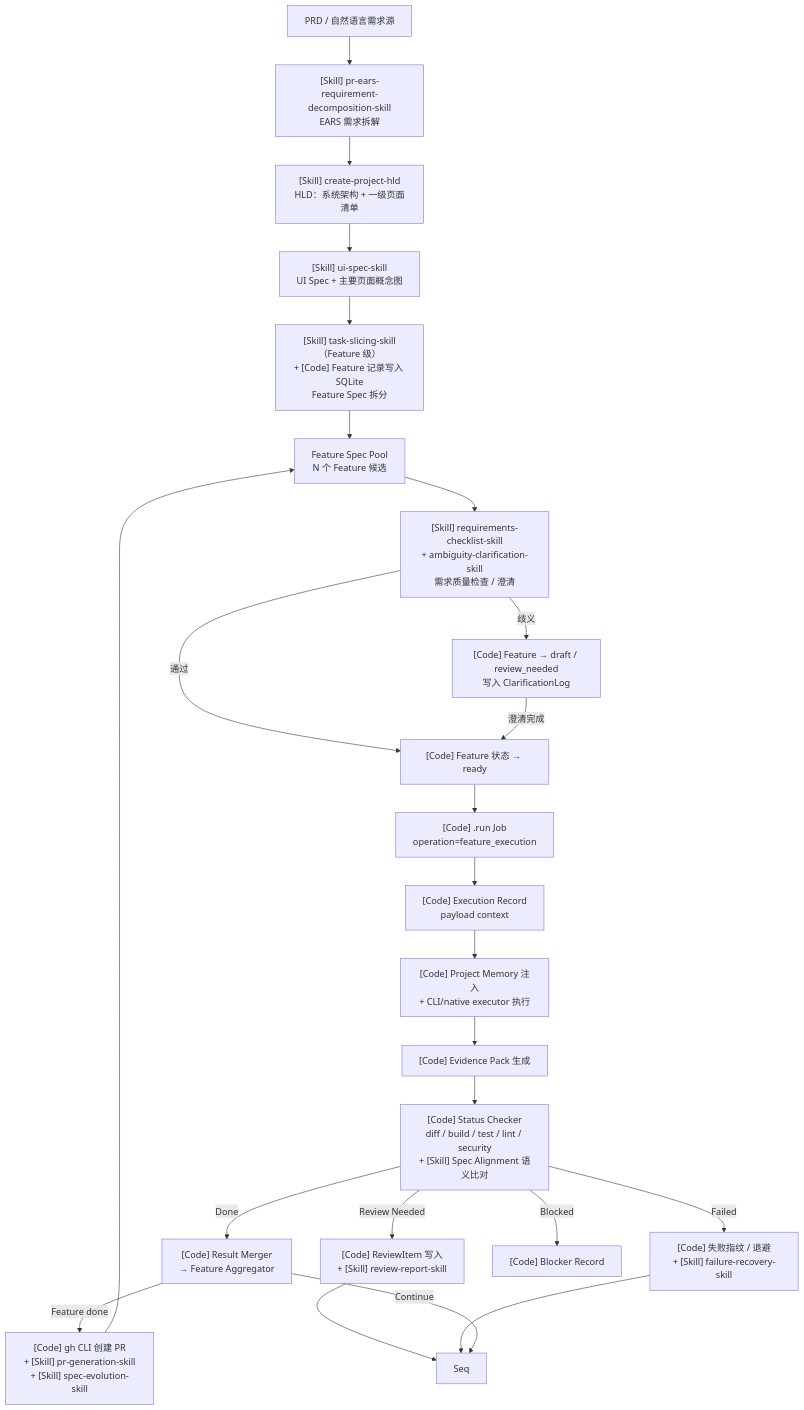
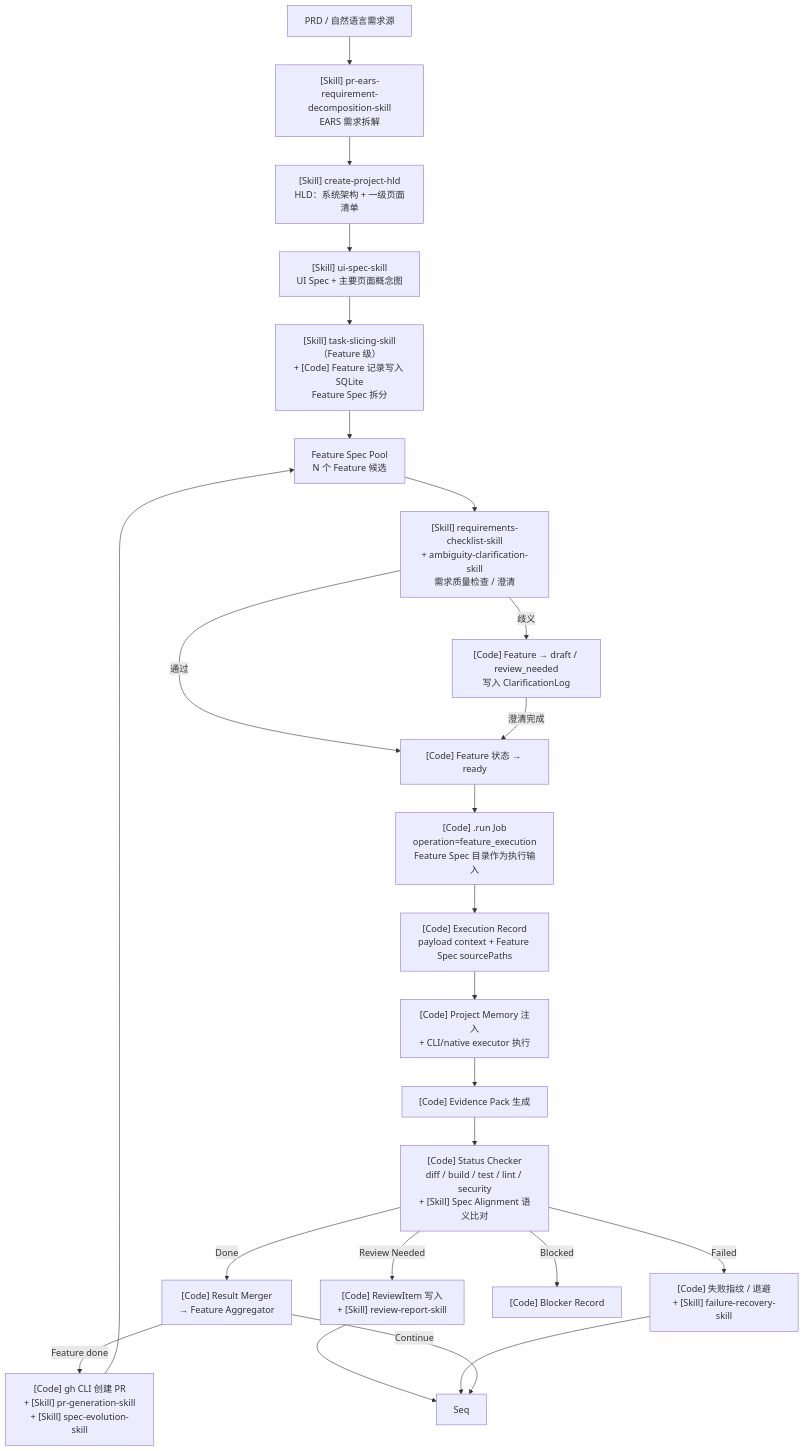
Before and after one commit to songcojp/Spec-Driven-Autonomous-Coding-System: the fifth of 6 diagrams in docs/zh-CN/hld.md, drawn with Mermaid. The commit also changed other lines of this file and 24 other files, not shown here.

Commit message:
feat(product-console): surface feature spec execution outputs

````diff
--- a/docs/zh-CN/hld.md
+++ b/docs/zh-CN/hld.md
@@ -559,26 +560,26 @@
 ```mermaid
 flowchart TD
   PRD[PRD / 自然语言需求源] --> EARS["[Skill] pr-ears-requirement-decomposition-skill\nEARS 需求拆解"]
   EARS --> HLD["[Skill] create-project-hld\nHLD：系统架构 + 一级页面清单"]
   HLD --> UISpec["[Skill] ui-spec-skill\nUI Spec + 主要页面概念图"]
   UISpec --> Split["[Skill] task-slicing-skill（Feature 级）\n+ [Code] Feature 记录写入 SQLite\nFeature Spec 拆分"]
   Split --> Pool[Feature Spec Pool\nN 个 Feature 候选]
   Pool --> Checklist["[Skill] requirements-checklist-skill\n+ ambiguity-clarification-skill\n需求质量检查 / 澄清"]
   Checklist -->|通过| Ready["[Code] Feature 状态 → ready"]
   Checklist -->|歧义| Draft["[Code] Feature → draft / review_needed\n写入 ClarificationLog"]
   Draft -->|澄清完成| Ready
-  Ready --> QueueJob["[Code] <executor>.run Job\noperation=feature_execution"]
-  QueueJob --> ExecRecord["[Code] Execution Record\npayload context"]
+  Ready --> QueueJob["[Code] <executor>.run Job\noperation=feature_execution\nFeature Spec 目录作为执行输入"]
+  QueueJob --> ExecRecord["[Code] Execution Record\npayload context + Feature Spec sourcePaths"]
   ExecRecord --> MemInject["[Code] Project Memory 注入\n+ CLI/native executor 执行"]
   MemInject --> Evidence["[Code] Evidence Pack 生成"]
   Evidence --> StatusCheck["[Code] Status Checker\ndiff / build / test / lint / security\n+ [Skill] Spec Alignment 语义比对"]
   StatusCheck -->|Done| Merge["[Code] Result Merger\n→ Feature Aggregator"]
   StatusCheck -->|Review Needed| ReviewC["[Code] ReviewItem 写入\n+ [Skill] review-report-skill"]
   StatusCheck -->|Failed| Recover["[Code] 失败指纹 / 退避\n+ [Skill] failure-recovery-skill"]
   StatusCheck -->|Blocked| BlockedTask["[Code] Blocker Record"]
   ReviewC --> Seq
   Recover --> Seq
   Merge -->|Feature done| Delivery["[Code] gh CLI 创建 PR\n+ [Skill] pr-generation-skill\n+ [Skill] spec-evolution-skill"]
   Merge -->|Continue| Seq
   Delivery --> Pool
 ```
````
